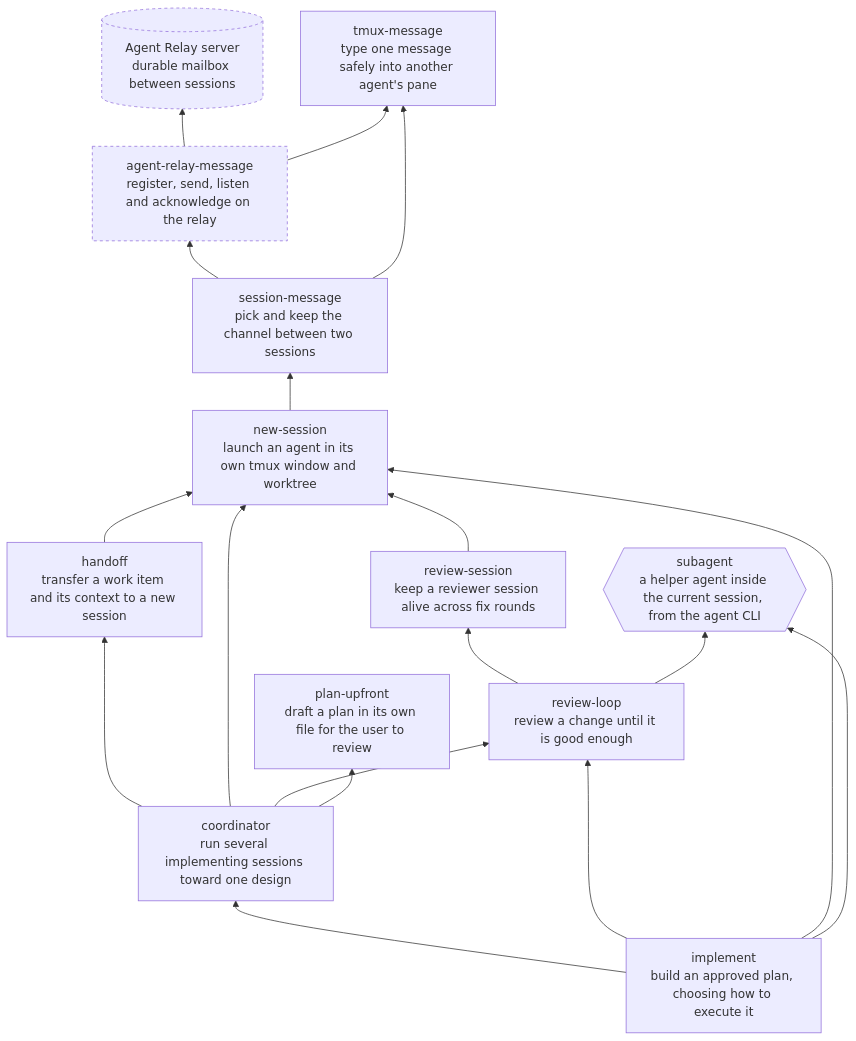
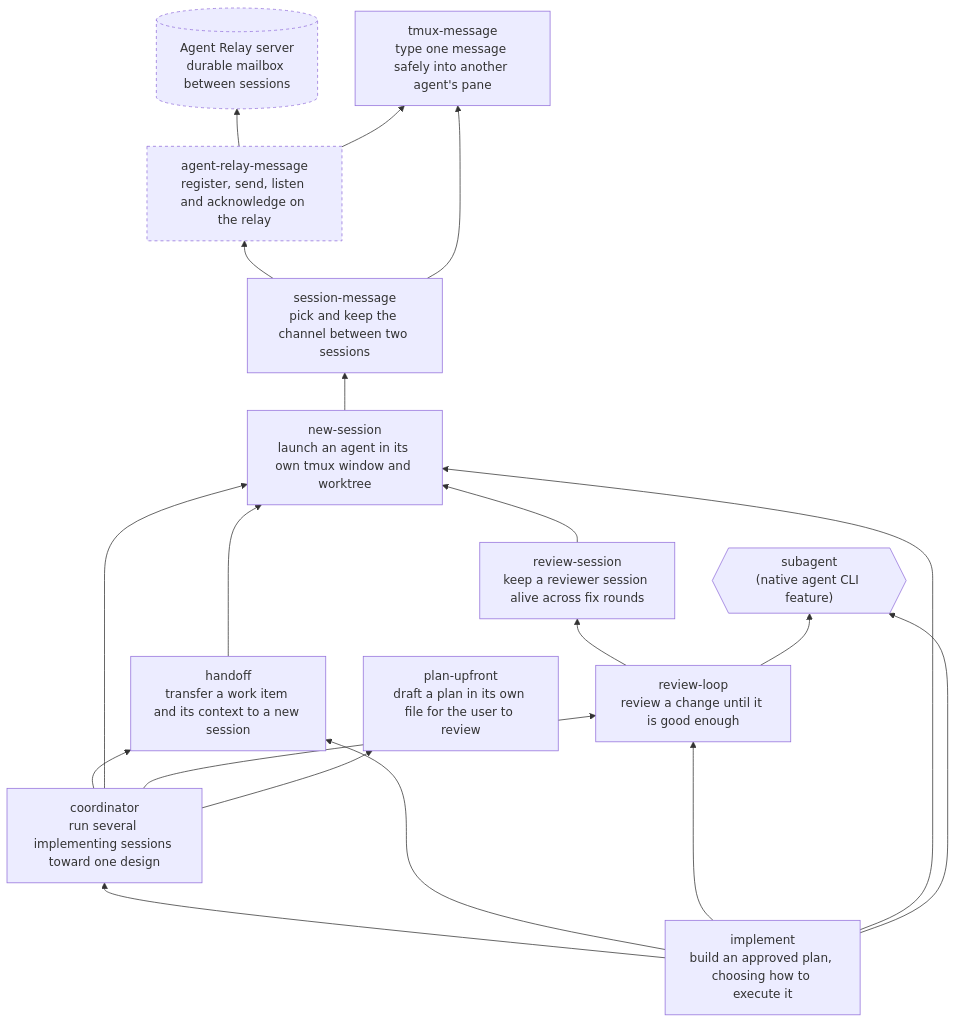
Before and after one commit to bellatechnica/agent-skills: the diagram in README.md, drawn with Mermaid. The commit also changed other lines of this file and 5 other files, not shown here.

````diff
--- a/README.md
+++ b/README.md
@@ -24,36 +24,37 @@
 ```mermaid
 graph BT
     relay[("Agent Relay server<br/>durable mailbox between sessions")]
     arm["agent-relay-message<br/>register, send, listen and acknowledge on the relay"]
     tmux["tmux-message<br/>type one message safely into another agent's pane"]
     sm["session-message<br/>pick and keep the channel between two sessions"]
     ns["new-session<br/>launch an agent in its own tmux window and worktree"]
-    sub{{"subagent<br/>a helper agent inside the current session, from the agent CLI"}}
+    sub{{"subagent<br/>(native agent CLI feature)"}}
     handoff["handoff<br/>transfer a work item and its context to a new session"]
     rs["review-session<br/>keep a reviewer session alive across fix rounds"]
     pu["plan-upfront<br/>draft a plan in its own file for the user to review"]
     rl["review-loop<br/>review a change until it is good enough"]
     coord["coordinator<br/>run several implementing sessions toward one design"]
     impl["implement<br/>build an approved plan, choosing how to execute it"]
 
     arm --> relay
     sm --> arm
     sm --> tmux
     arm --> tmux
     ns --> sm
     handoff --> ns
     rs --> ns
     rl --> rs
     rl --> sub
     coord --> handoff
     coord --> ns
     coord --> rl
     coord --> pu
     impl --> coord
+    impl --> handoff
     impl --> rl
     impl --> ns
     impl --> sub
 
     classDef external stroke-dasharray: 4 4
     class relay,arm external
 ```
````
